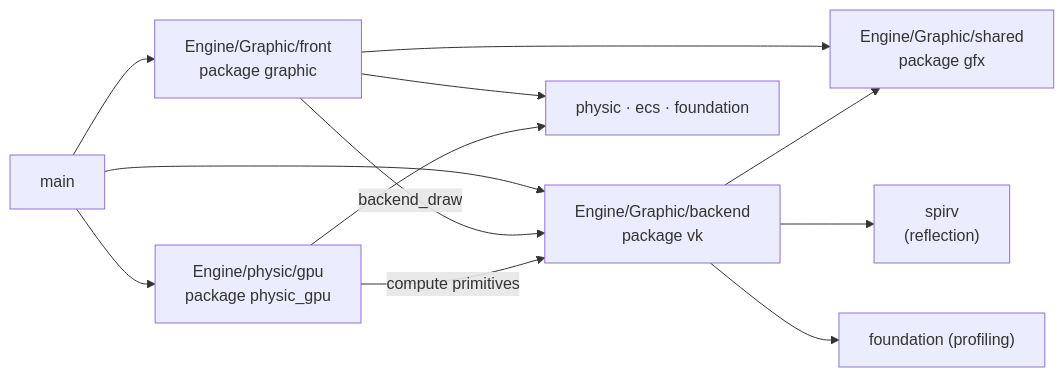
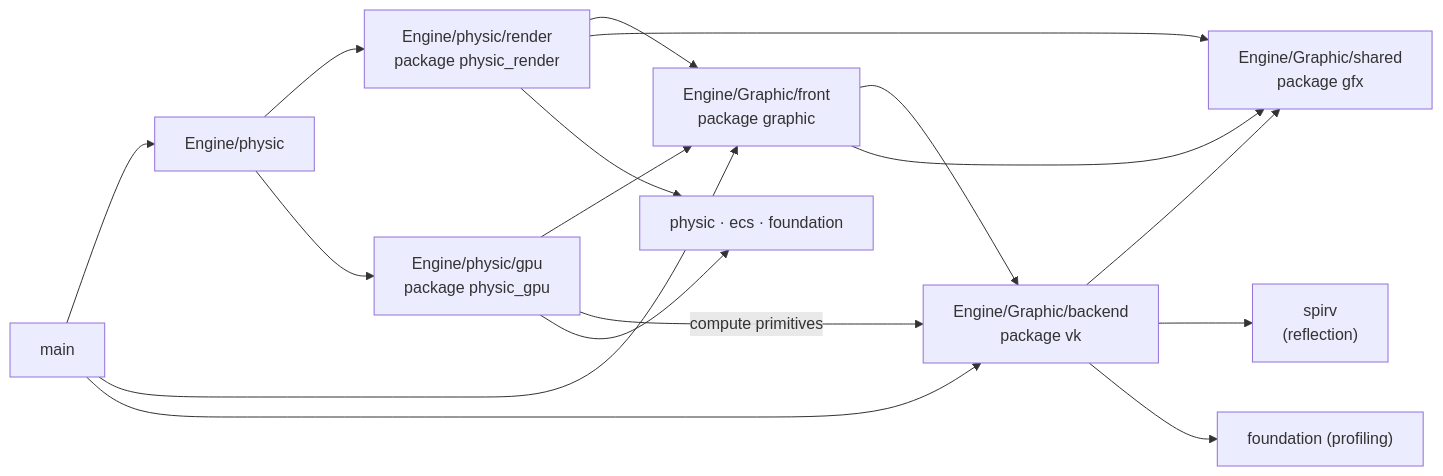
One commit to TanukiConDos/Gravity-Simulator changed the first of 5 diagrams in docs/renderer.md. Above: the diagram before and after it, drawn with Mermaid. The commit also changed other lines of this file and 5 other files, not shown here.

First line of the commit message:
docs: physics integrates with graphics (main -> physic -> front -> backend)

````diff
--- a/docs/renderer.md
+++ b/docs/renderer.md
@@ -24,14 +26,19 @@
 ```mermaid
 flowchart LR
-    main["main"] --> front["Engine/Graphic/front<br/>package graphic"]
-    main --> backend["Engine/Graphic/backend<br/>package vk"]
-    main --> pgpu["Engine/physic/gpu<br/>package physic_gpu"]
-    front -->|"backend_draw"| backend
+    main["main"] --> physic["Engine/physic"]
+    physic --> render["Engine/physic/render<br/>package physic_render"]
+    physic --> pgpu["Engine/physic/gpu<br/>package physic_gpu"]
+    render --> front["Engine/Graphic/front<br/>package graphic"]
+    pgpu --> front
+    front --> backend["Engine/Graphic/backend<br/>package vk"]
+    pgpu -->|"compute primitives"| backend
     front --> shared["Engine/Graphic/shared<br/>package gfx"]
-    pgpu -->|"compute primitives"| backend
-    front --> eng["physic · ecs · foundation"]
-    pgpu --> eng
     backend --> shared
     backend --> spirv["spirv<br/>(reflection)"]
     backend --> foundation["foundation (profiling)"]
+    render --> shared
+    pgpu --> eng["physic · ecs · foundation"]
+    render --> eng
+    main --> front
+    main --> backend
 ```
````
